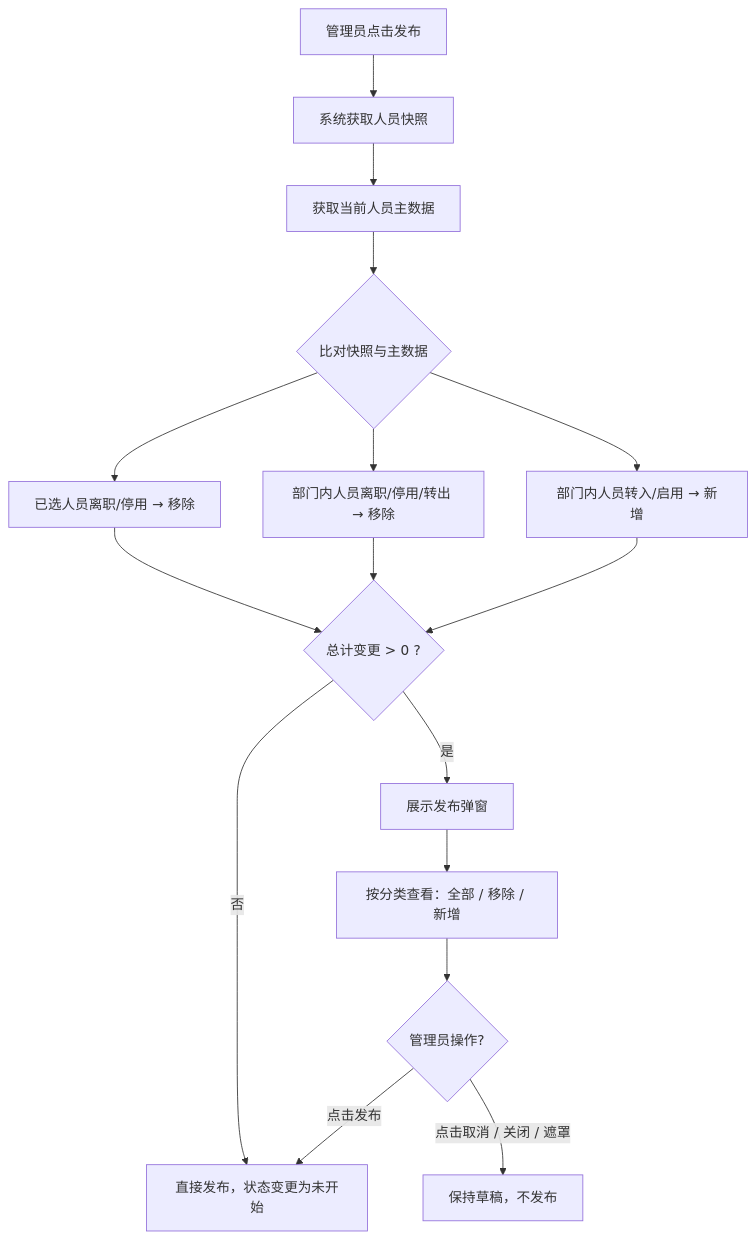
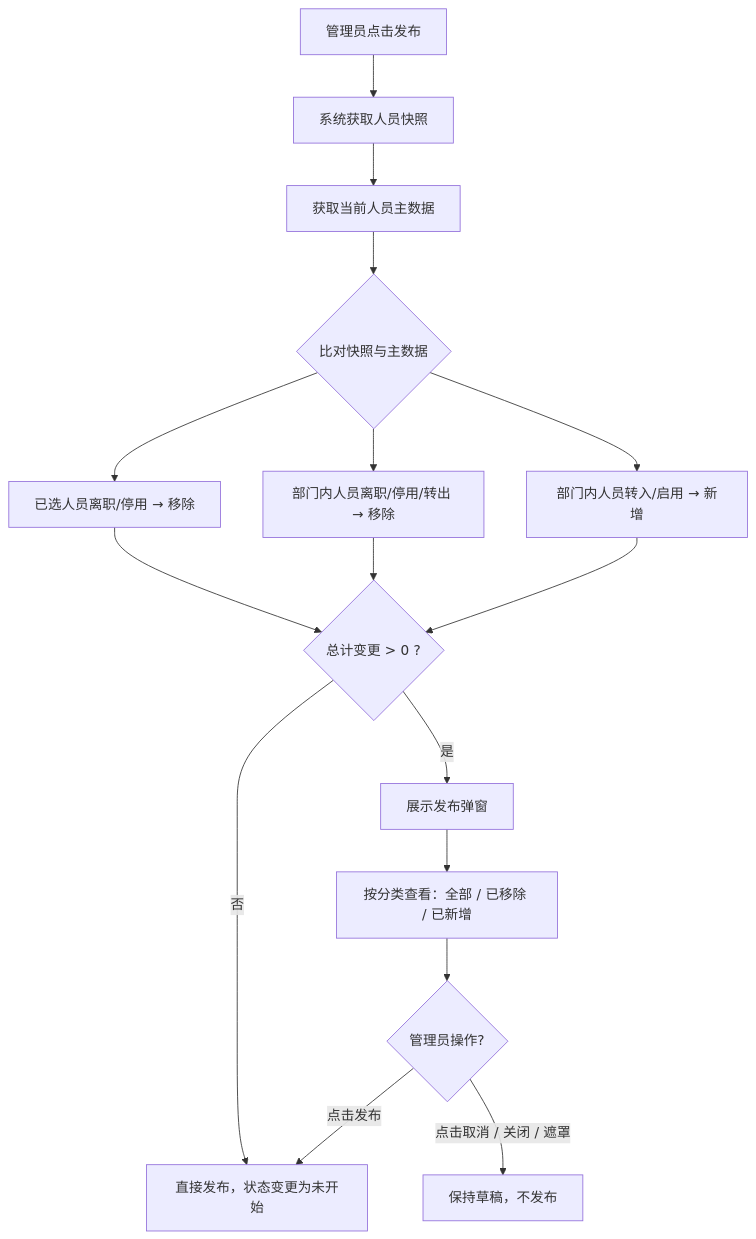
The third of 4 diagrams in prd/考试功能-整体PRD.md (parispang666-ops/exam), drawn with Mermaid before and after one commit. The commit also changed other lines of this file and 24 other files, not shown here.

````diff
--- a/prd/考试功能-整体PRD.md
+++ b/prd/考试功能-整体PRD.md
@@ -174,18 +174,18 @@
 ```mermaid
 flowchart TD
     A[管理员点击发布] --> B[系统获取人员快照]
     B --> C[获取当前人员主数据]
     C --> D{比对快照与主数据}
     D --> E1[已选人员离职/停用 → 移除]
     D --> E2[部门内人员离职/停用/转出 → 移除]
     D --> E3[部门内人员转入/启用 → 新增]
     E1 --> F{总计变更 > 0 ?}
     E2 --> F
     E3 --> F
     F -->|否| G[直接发布，状态变更为未开始]
     F -->|是| H[展示发布弹窗]
-    H --> I[按分类查看：全部 / 移除 / 新增]
+    H --> I[按分类查看：全部 / 已移除 / 已新增]
     I --> J{管理员操作?}
     J -->|点击发布| G
     J -->|点击取消 / 关闭 / 遮罩| K[保持草稿，不发布]
 ```
````
